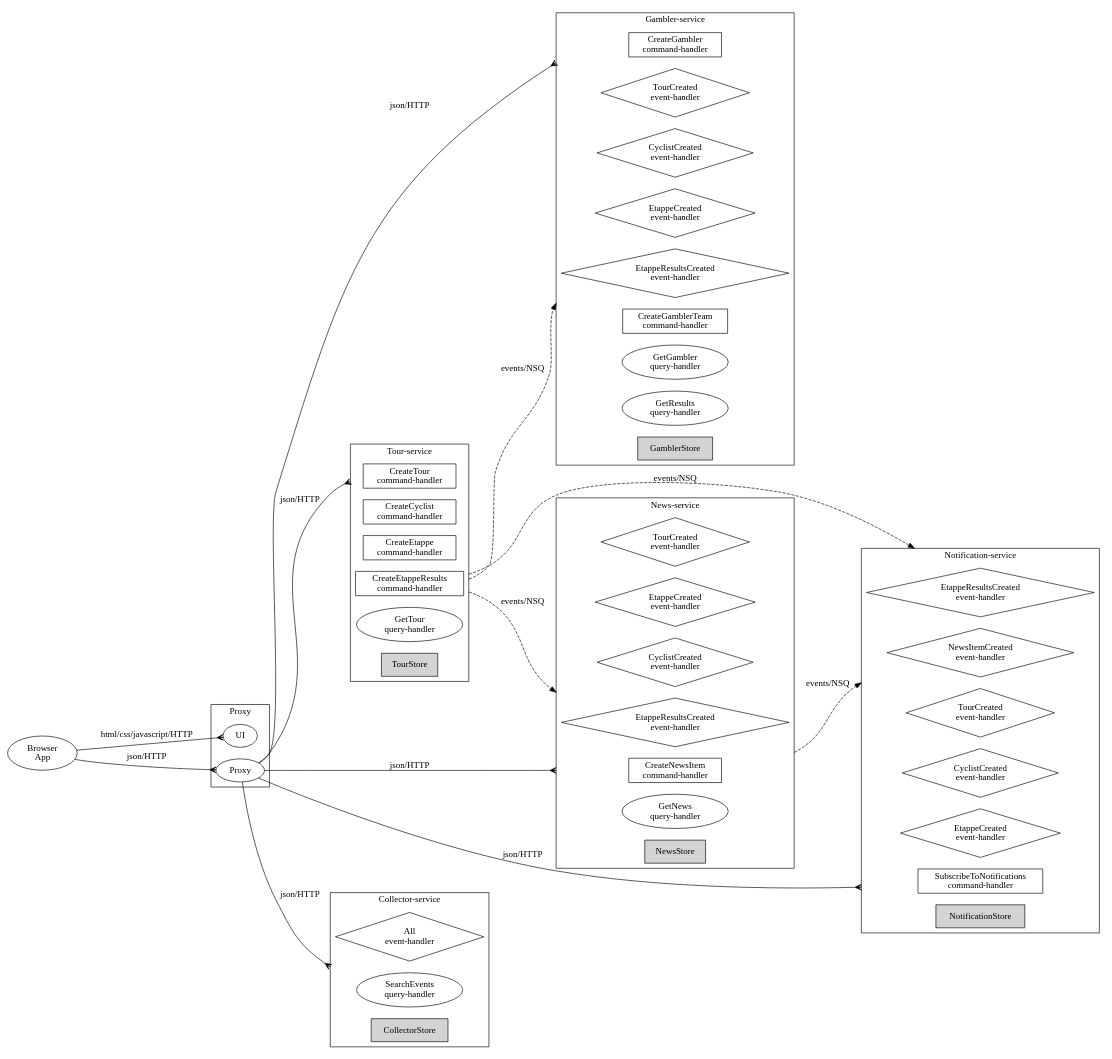
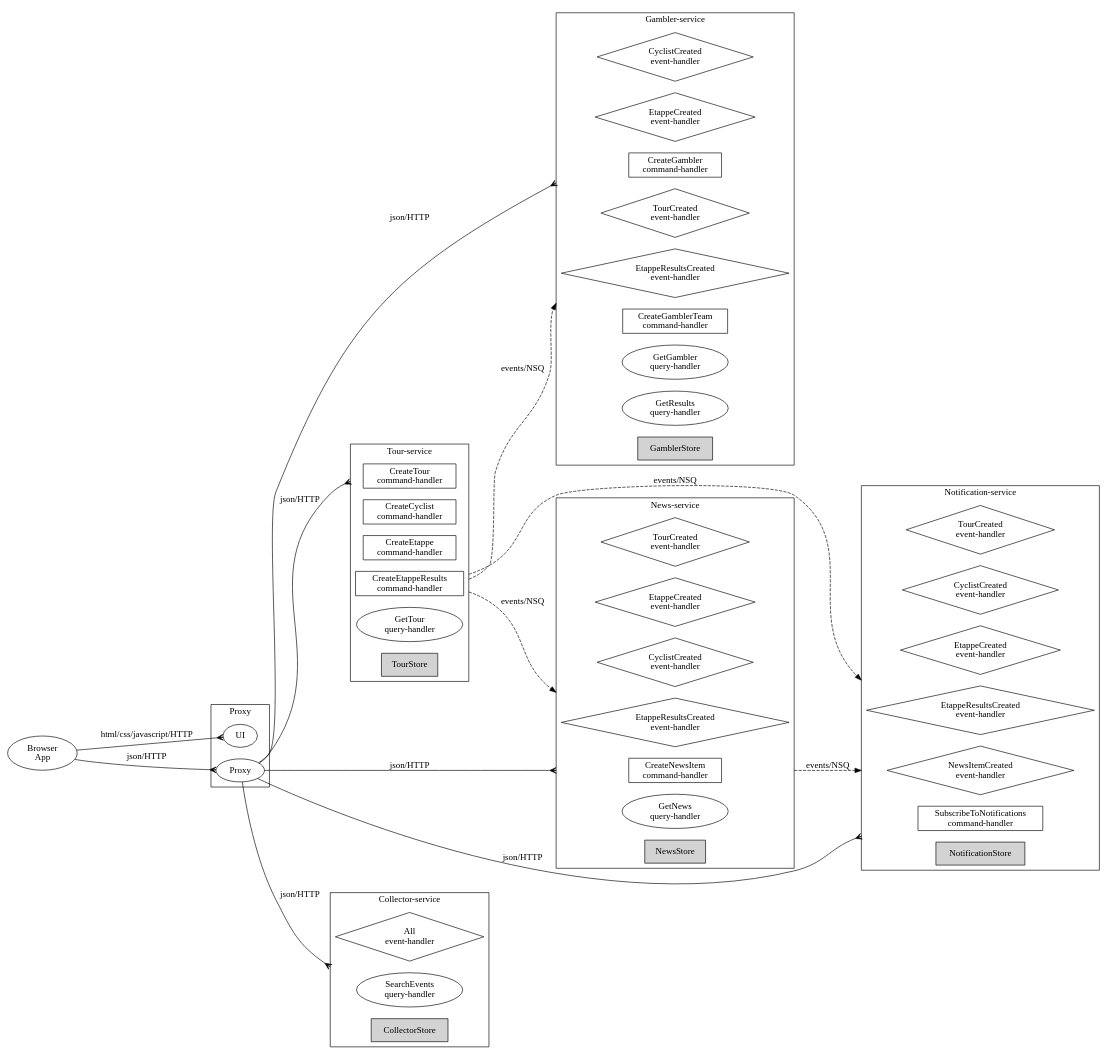
The diagram in tourApp/doc/graphviz.dot (MarcGrol/microgen), drawn with Graphviz before and after one commit. The commit also changed other lines of this file and 10 other files, not shown here.

```diff
--- a/tourApp/doc/graphviz.dot
+++ b/tourApp/doc/graphviz.dot
@@ -50,13 +50,13 @@
 
 		// events
 		 
+			"GamblerCyclistCreated" [label="CyclistCreated\nevent-handler", shape=diamond];
+		 
+			"GamblerEtappeCreated" [label="EtappeCreated\nevent-handler", shape=diamond];
+		 
 			"GamblerEtappeResultsCreated" [label="EtappeResultsCreated\nevent-handler", shape=diamond];
 		 
 			"GamblerTourCreated" [label="TourCreated\nevent-handler", shape=diamond];
-		 
-			"GamblerCyclistCreated" [label="CyclistCreated\nevent-handler", shape=diamond];
-		 
-			"GamblerEtappeCreated" [label="EtappeCreated\nevent-handler", shape=diamond];
 		
 		// commands
 		
@@ -114,15 +114,15 @@
 
 		// events
 		 
-			"NotificationEtappeResultsCreated" [label="EtappeResultsCreated\nevent-handler", shape=diamond];
-		 
-			"NotificationNewsItemCreated" [label="NewsItemCreated\nevent-handler", shape=diamond];
-		 
 			"NotificationTourCreated" [label="TourCreated\nevent-handler", shape=diamond];
 		 
 			"NotificationCyclistCreated" [label="CyclistCreated\nevent-handler", shape=diamond];
 		 
 			"NotificationEtappeCreated" [label="EtappeCreated\nevent-handler", shape=diamond];
+		 
+			"NotificationEtappeResultsCreated" [label="EtappeResultsCreated\nevent-handler", shape=diamond];
+		 
+			"NotificationNewsItemCreated" [label="NewsItemCreated\nevent-handler", shape=diamond];
 		
 		// commands
 		
```
